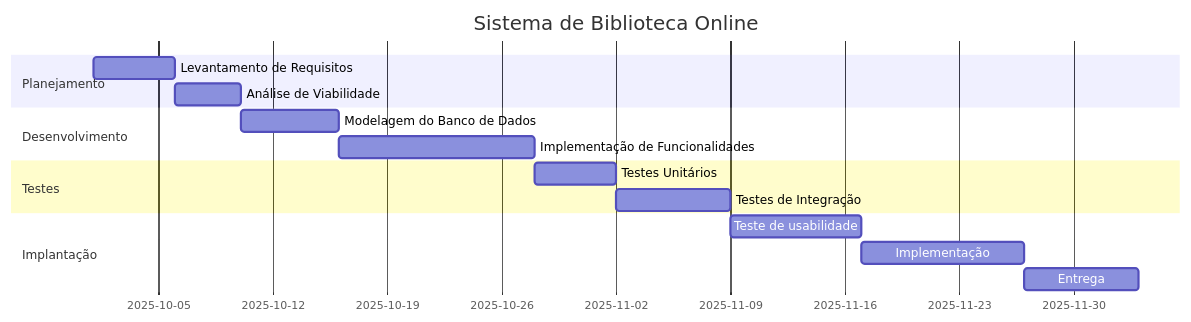
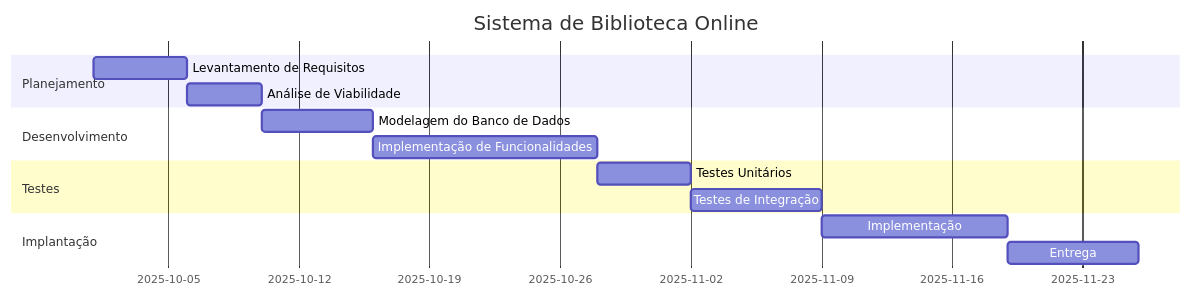
One commit to AnandaMazine/Grafico-Gantt changed the first of 4 diagrams in README.md. Above: the diagram before and after it, drawn with Mermaid.

````diff
--- a/README.md
+++ b/README.md
@@ -1,19 +1,18 @@
 ```mermaid
 gantt
 title Sistema de Biblioteca Online
 dateFormat YYYY-MM-DD
 section Planejamento
 Levantamento de Requisitos:lr, 2025-10-01, 5d
 Análise de Viabilidade:av, after lr, 4d
 section Desenvolvimento
 Modelagem do Banco de Dados:bd, after av, 6d
 Implementação de Funcionalidades:if, after bd, 12d
 section Testes
 Testes Unitários:tu, after if, 5d
 Testes de Integração:ti, after tu, 7d
 section Implantação
-Teste de usabilidade:us, after ti, 8d
-Implementação:im, after us, 10d
+Implementação:im, after ti, 10d
 Entrega:en, after im, 7d
 
 ```
````
